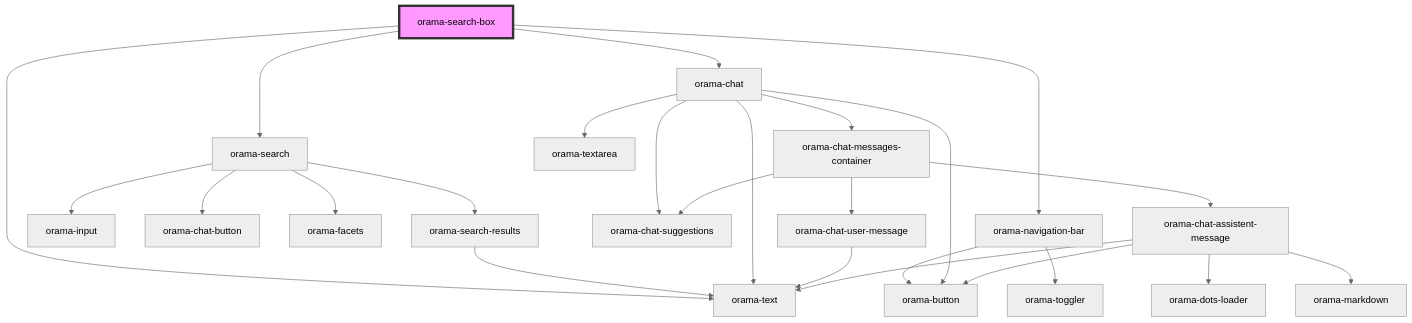
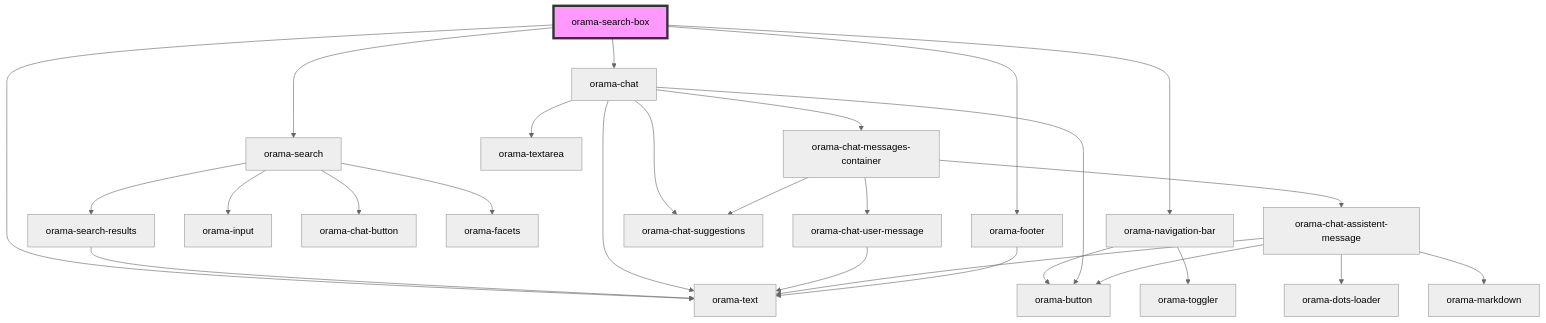
One commit to askorama/orama-ui-components changed the diagram in packages/ui-stencil/src/components/orama-search-box/readme.md. Above: the diagram before and after it, drawn with Mermaid (neutral theme). The commit also changed other lines of this file and 13 other files, not shown here.

````diff
--- a/packages/ui-stencil/src/components/orama-search-box/readme.md
+++ b/packages/ui-stencil/src/components/orama-search-box/readme.md
@@ -28,28 +29,30 @@
 ```mermaid
 graph TD;
   orama-search-box --> orama-text
   orama-search-box --> orama-navigation-bar
   orama-search-box --> orama-search
   orama-search-box --> orama-chat
+  orama-search-box --> orama-footer
   orama-navigation-bar --> orama-button
   orama-navigation-bar --> orama-toggler
   orama-search --> orama-input
   orama-search --> orama-chat-button
   orama-search --> orama-facets
   orama-search --> orama-search-results
   orama-search-results --> orama-text
   orama-chat --> orama-chat-messages-container
   orama-chat --> orama-chat-suggestions
   orama-chat --> orama-textarea
   orama-chat --> orama-button
   orama-chat --> orama-text
   orama-chat-messages-container --> orama-chat-user-message
   orama-chat-messages-container --> orama-chat-assistent-message
   orama-chat-messages-container --> orama-chat-suggestions
   orama-chat-user-message --> orama-text
   orama-chat-assistent-message --> orama-dots-loader
   orama-chat-assistent-message --> orama-text
   orama-chat-assistent-message --> orama-markdown
   orama-chat-assistent-message --> orama-button
+  orama-footer --> orama-text
   style orama-search-box fill:#f9f,stroke:#333,stroke-width:4px
 ```
````
